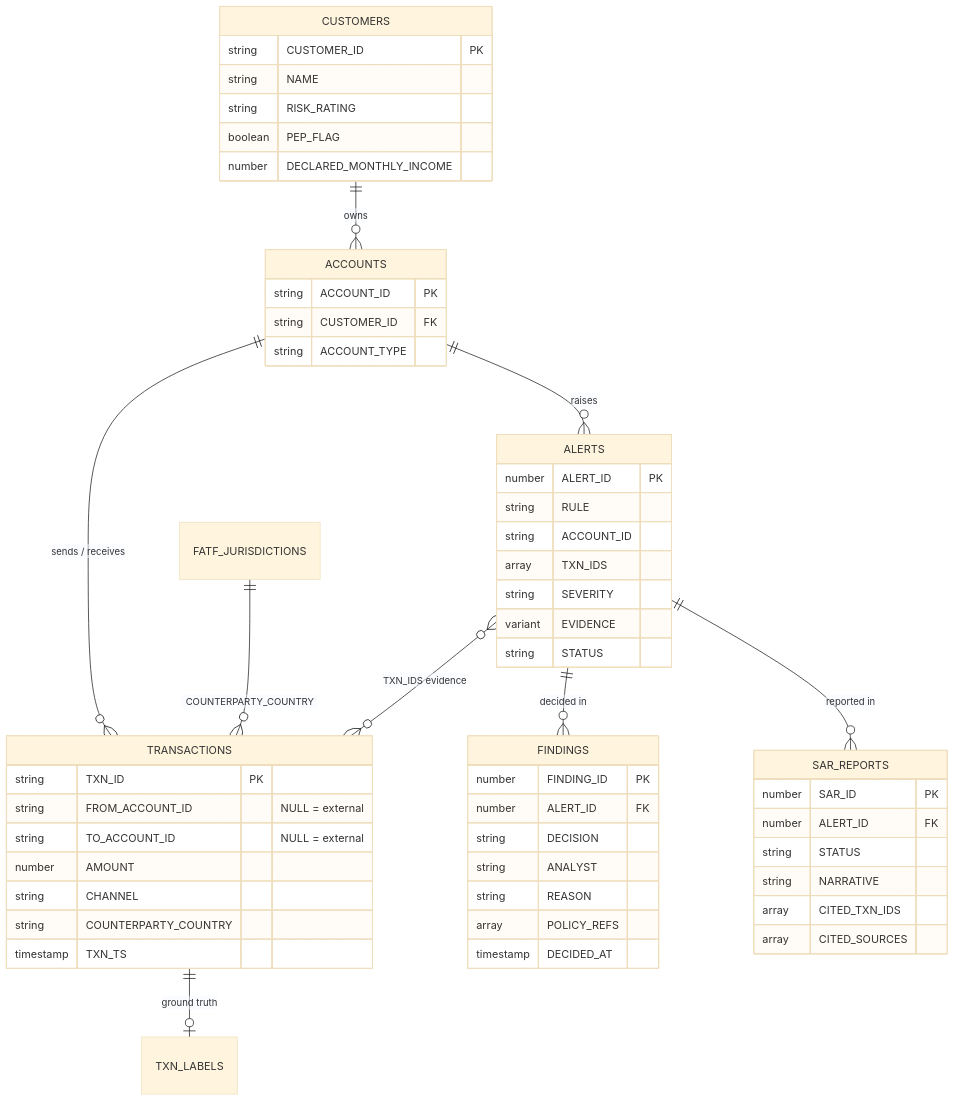
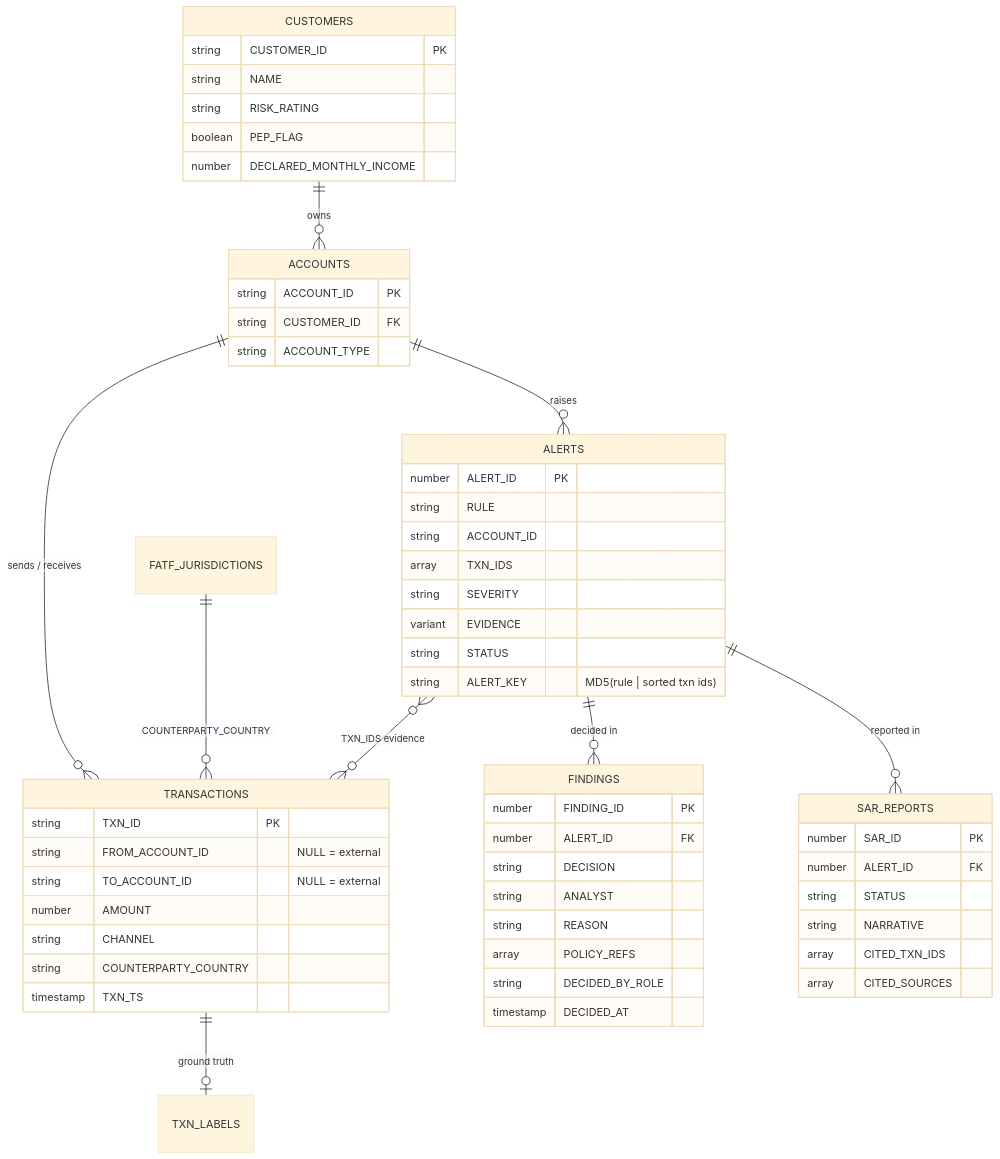
One commit to Pranav-error/risk-copilot changed the seventh of 7 diagrams in README.md. Above: the diagram before and after it, drawn with Mermaid (base theme). The commit also changed other lines of this file and 1 other file, not shown here.

````diff
--- a/README.md
+++ b/README.md
@@ -314,59 +353,61 @@
 ```mermaid
 erDiagram
     CUSTOMERS ||--o{ ACCOUNTS : owns
     ACCOUNTS ||--o{ TRANSACTIONS : "sends / receives"
     TRANSACTIONS ||--o| TXN_LABELS : "ground truth"
     ACCOUNTS ||--o{ ALERTS : raises
     ALERTS }o--o{ TRANSACTIONS : "TXN_IDS evidence"
     ALERTS ||--o{ FINDINGS : "decided in"
     ALERTS ||--o{ SAR_REPORTS : "reported in"
     FATF_JURISDICTIONS ||--o{ TRANSACTIONS : "COUNTERPARTY_COUNTRY"
 
     CUSTOMERS {
         string CUSTOMER_ID PK
         string NAME
         string RISK_RATING
         boolean PEP_FLAG
         number DECLARED_MONTHLY_INCOME
     }
     ACCOUNTS {
         string ACCOUNT_ID PK
         string CUSTOMER_ID FK
         string ACCOUNT_TYPE
     }
     TRANSACTIONS {
         string TXN_ID PK
         string FROM_ACCOUNT_ID "NULL = external"
         string TO_ACCOUNT_ID "NULL = external"
         number AMOUNT
         string CHANNEL
         string COUNTERPARTY_COUNTRY
         timestamp TXN_TS
     }
     ALERTS {
         number ALERT_ID PK
         string RULE
         string ACCOUNT_ID
         array TXN_IDS
         string SEVERITY
         variant EVIDENCE
         string STATUS
+        string ALERT_KEY "MD5(rule | sorted txn ids)"
     }
     FINDINGS {
         number FINDING_ID PK
         number ALERT_ID FK
         string DECISION
         string ANALYST
         string REASON
         array POLICY_REFS
+        string DECIDED_BY_ROLE
         timestamp DECIDED_AT
     }
     SAR_REPORTS {
         number SAR_ID PK
         number ALERT_ID FK
         string STATUS
         string NARRATIVE
         array CITED_TXN_IDS
         array CITED_SOURCES
     }
 ```
````
